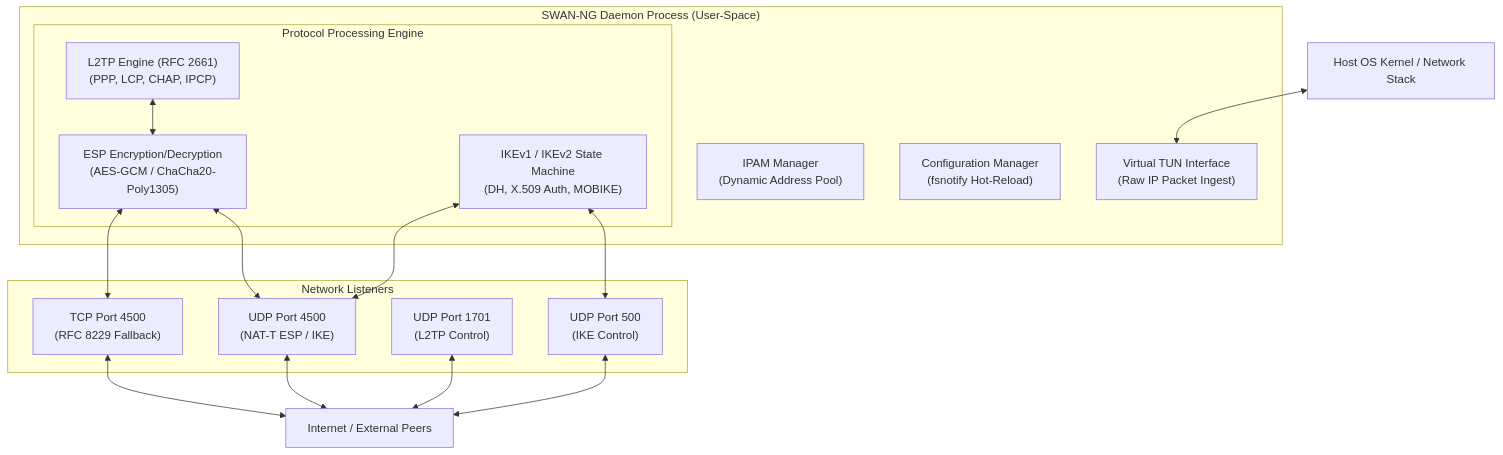
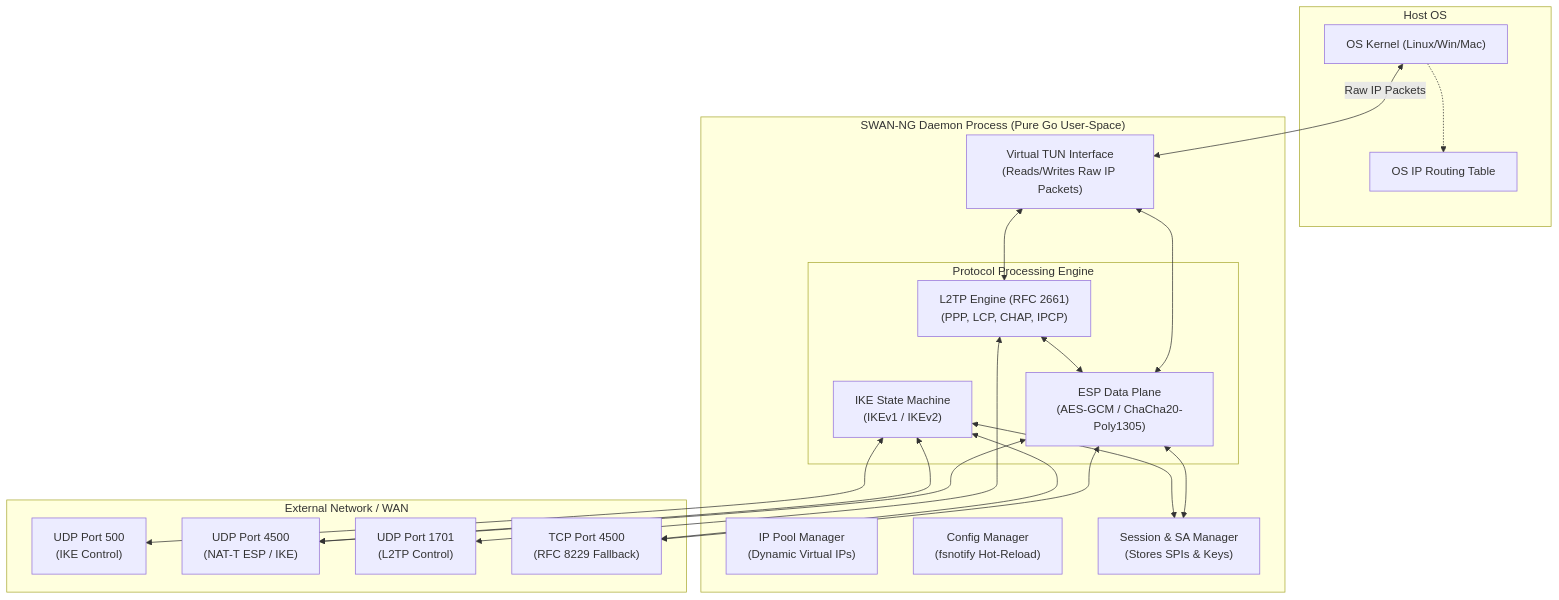
Before and after one commit to dimaskiddo/swan-ng: the diagram in README.md, drawn with Mermaid. The commit also changed other lines of this file, not shown here.

Commit message:
chore: update readme.md to reflect current feature

````diff
--- a/README.md
+++ b/README.md
@@ -26,37 +26,51 @@
 ```mermaid
 graph TD
-    subgraph "SWAN-NG Daemon Process (User-Space)"
-        TUN["Virtual TUN Interface<br/>(Raw IP Packet Ingest)"]
+    subgraph "Host OS"
+        Kernel["OS Kernel (Linux/Win/Mac)"]
+        IPRoute["OS IP Routing Table"]
+    end
+
+    subgraph "SWAN-NG Daemon Process (Pure Go User-Space)"
+        TUN["Virtual TUN Interface<br/>(Reads/Writes Raw IP Packets)"]
         
+        IPAM["IP Pool Manager<br/>(Dynamic Virtual IPs)"]
+        Config["Config Manager<br/>(fsnotify Hot-Reload)"]
+
         subgraph "Protocol Processing Engine"
-            ESP["ESP Encryption/Decryption<br/>(AES-GCM / ChaCha20-Poly1305)"]
+            ESP["ESP Data Plane<br/>(AES-GCM / ChaCha20-Poly1305)"]
             
             L2TP["L2TP Engine (RFC 2661)<br/>(PPP, LCP, CHAP, IPCP)"]
             
-            IKE["IKEv1 / IKEv2 State Machine<br/>(DH, X.509 Auth, MOBIKE)"]
+            IKE["IKE State Machine<br/>(IKEv1 / IKEv2)"]
         end
         
-        IPAM["IPAM Manager<br/>(Dynamic Address Pool)"]
-        Config["Configuration Manager<br/>(fsnotify Hot-Reload)"]
+        SessionMgr["Session & SA Manager<br/>(Stores SPIs & Keys)"]
     end
     
-    HostOS["Host OS Kernel / Network Stack"] <--> TUN
-    
-    subgraph "Network Listeners"
+    subgraph "External Network / WAN"
         UDP_500["UDP Port 500<br/>(IKE Control)"]
         UDP_4500["UDP Port 4500<br/>(NAT-T ESP / IKE)"]
         UDP_1701["UDP Port 1701<br/>(L2TP Control)"]
         TCP_4500["TCP Port 4500<br/>(RFC 8229 Fallback)"]
     end
+
+    %% Data flows
+    Kernel <--> |Raw IP Packets| TUN
+    Kernel -.-> IPRoute
+    
+    TUN <--> ESP
+    TUN <--> L2TP
+    L2TP <--> ESP
+    
+    ESP <--> SessionMgr
+    IKE <--> SessionMgr
     
     ESP <--> UDP_4500
     ESP <--> TCP_4500
-    L2TP <--> ESP
+    
     IKE <--> UDP_500
     IKE <--> UDP_4500
+    IKE <--> TCP_4500
     
-    UDP_500 <--> Internet["Internet / External Peers"]
-    UDP_4500 <--> Internet
-    UDP_1701 <--> Internet
-    TCP_4500 <--> Internet
+    L2TP <--> UDP_1701
 ```
````
